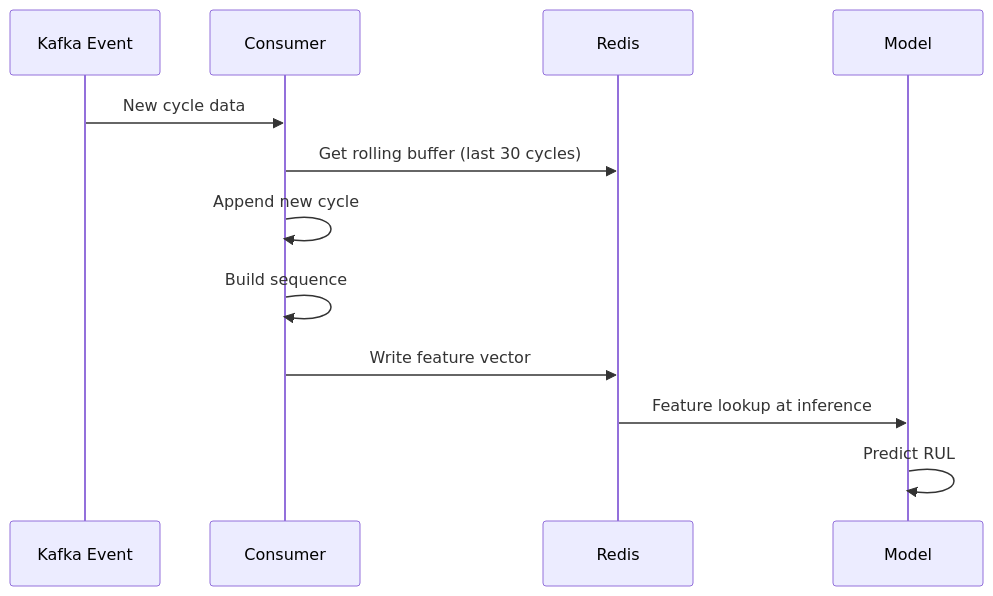
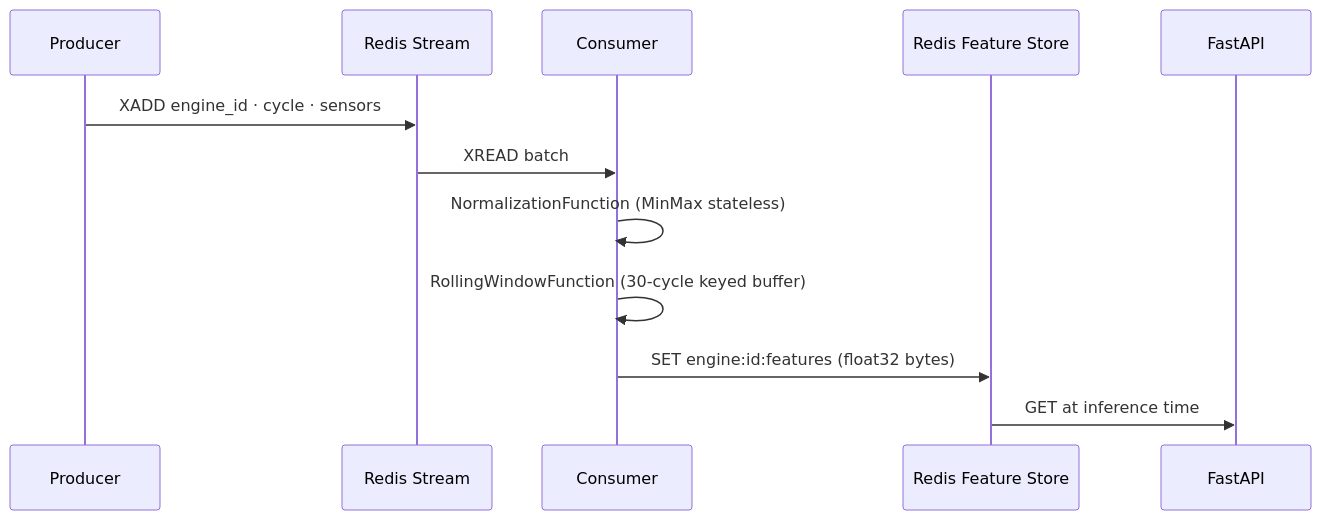
The fourth of 4 diagrams in docs/03_feature_engineering.md (nasim-raj-laskar/Real-Time-Aircraft-Engine-Predictive-Maintenance-System), drawn with Mermaid before and after one commit. The commit also changed other lines of this file and 11 other files, not shown here.

````diff
--- a/docs/03_feature_engineering.md
+++ b/docs/03_feature_engineering.md
@@ -274,15 +118,15 @@
 ```mermaid
 sequenceDiagram
-    participant K as Kafka Event
+    participant P as Producer
+    participant RS as Redis Stream
     participant C as Consumer
-    participant R as Redis
-    participant M as Model
-    
-    K->>C: New cycle data
-    C->>R: Get rolling buffer (last 30 cycles)
-    C->>C: Append new cycle
-    C->>C: Build sequence
-    C->>R: Write feature vector
-    R->>M: Feature lookup at inference
-    M->>M: Predict RUL
+    participant R as Redis Feature Store
+    participant API as FastAPI
+
+    P->>RS: XADD engine_id · cycle · sensors
+    RS->>C: XREAD batch
+    C->>C: NormalizationFunction (MinMax stateless)
+    C->>C: RollingWindowFunction (30-cycle keyed buffer)
+    C->>R: SET engine:id:features (float32 bytes)
+    R->>API: GET at inference time
 ```
````
